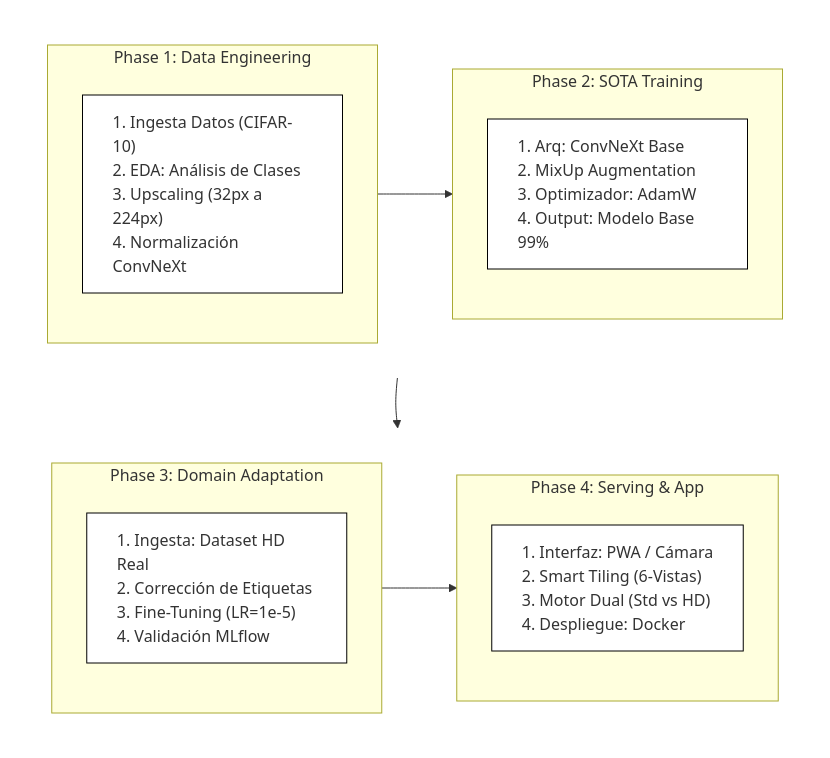
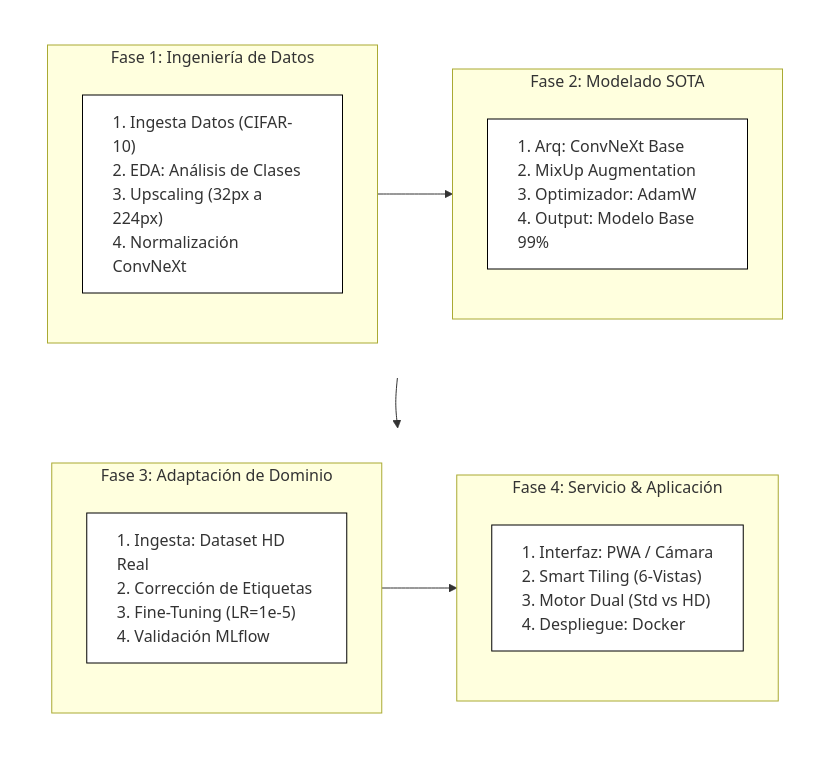
One commit to elsebasdev1/model_multilabel changed the diagram in README.md. Above: the diagram before and after it, drawn with Mermaid.

Commit message:
Update diagram labels and structure in README

````diff
--- a/README.md
+++ b/README.md
@@ -24,51 +24,46 @@
 ```mermaid
 flowchart TD
-    %% --- ESTILOS LIMPIOS ---
+    %% --- ESTILOS ---
     classDef content fill:#fff,stroke:#000,stroke-width:1px,text-align:left;
-
+    
     %% --- FILA 1: SUPERIOR ---
-    subgraph ROW1 [ ]
+    subgraph ROW1 [" "]
         direction LR
         style ROW1 fill:none,stroke:none
-
-        %% FASE 1
-        subgraph P1 ["Phase 1: Data Engineering"]
+        
+        subgraph P1 ["Fase 1: Ingeniería de Datos"]
             direction TB
             N1["1. Ingesta Datos (CIFAR-10)<br/>2. EDA: Análisis de Clases<br/>3. Upscaling (32px a 224px)<br/>4. Normalización ConvNeXt"]:::content
         end
-
-        %% FASE 2
-        subgraph P2 ["Phase 2: SOTA Training"]
+        
+        subgraph P2 ["Fase 2: Modelado SOTA"]
             direction TB
             N2["1. Arq: ConvNeXt Base<br/>2. MixUp Augmentation<br/>3. Optimizador: AdamW<br/>4. Output: Modelo Base 99%"]:::content
         end
     end
-
+    
     %% --- FILA 2: INFERIOR ---
-    subgraph ROW2 [ ]
+    subgraph ROW2 [" "]
         direction LR
         style ROW2 fill:none,stroke:none
-
-        %% FASE 3
-        subgraph P3 ["Phase 3: Domain Adaptation"]
+        
+        subgraph P3 ["Fase 3: Adaptación de Dominio"]
             direction TB
             N3["1. Ingesta: Dataset HD Real<br/>2. Corrección de Etiquetas<br/>3. Fine-Tuning (LR=1e-5)<br/>4. Validación MLflow"]:::content
         end
-
-        %% FASE 4
-        subgraph P4 ["Phase 4: Serving & App"]
+        
+        subgraph P4 ["Fase 4: Servicio & Aplicación"]
             direction TB
             N4["1. Interfaz: PWA / Cámara<br/>2. Smart Tiling (6-Vistas)<br/>3. Motor Dual (Std vs HD)<br/>4. Despliegue: Docker"]:::content
         end
     end
-
-    %% --- CONEXIONES VISIBLES (Flujo en Z) ---
+    
+    %% --- CONEXIONES (Flujo en Z) ---
     N1 --> N2
     N2 --> N3
     N3 --> N4
-
-    %% --- ALINEACIÓN DE CUADRÍCULA (Invisible) ---
-    %% Esto fuerza que P3 quede debajo de P1 y P4 debajo de P2
+    
+    %% --- ALINEACIÓN VERTICAL ---
     P1 ~~~ P3
     P2 ~~~ P4
 ```
````
